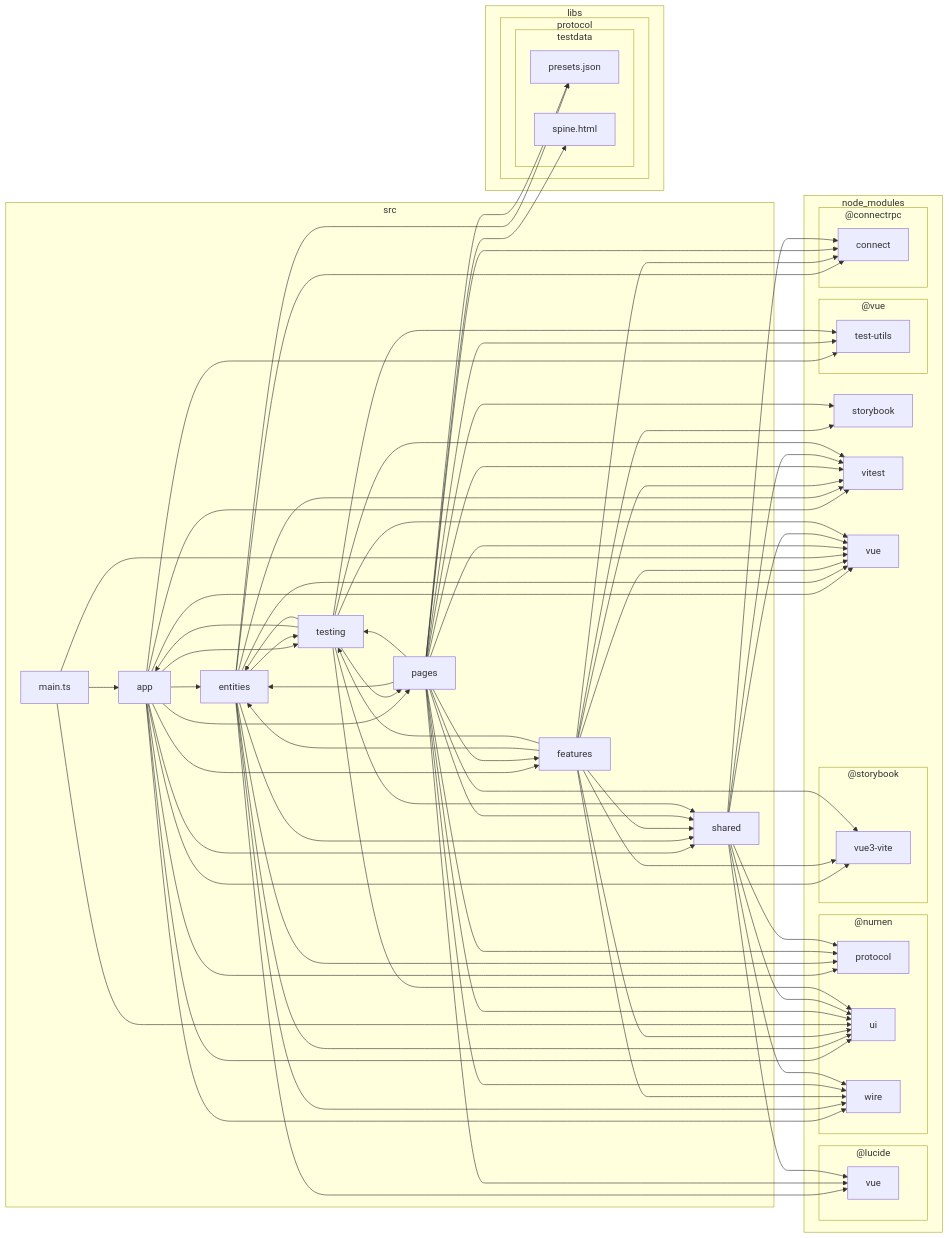
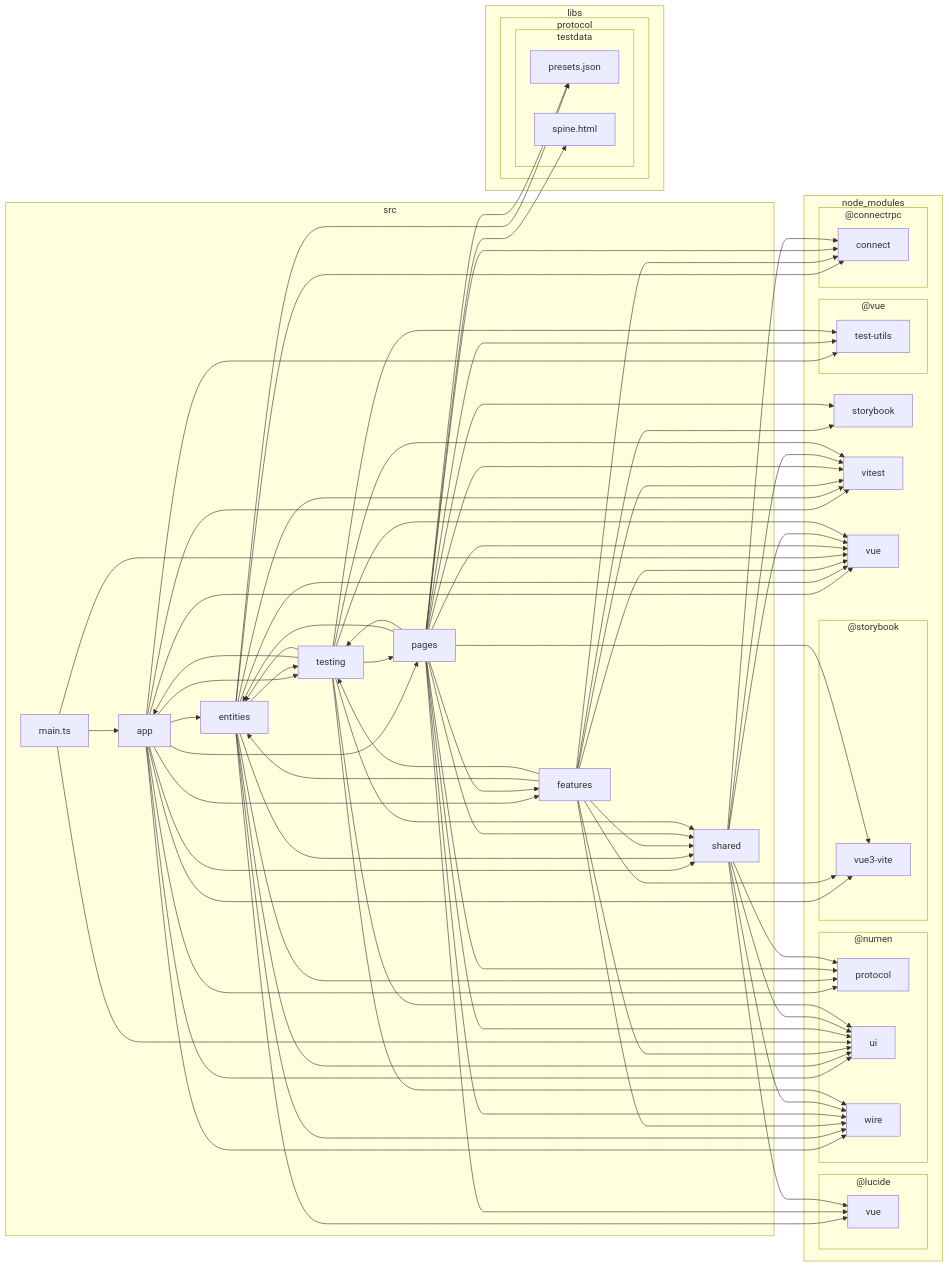
One commit to jiva-studio/numen changed the third of 5 diagrams in docs/dependencies.md. Above: the diagram before and after it, drawn with Mermaid. The commit also changed other lines of this file, not shown here.

```diff
--- a/docs/dependencies.md
+++ b/docs/dependencies.md
@@ -272,6 +274,7 @@
 U-->M
 U-->N
 V-->F
+V-->G
 V-->K
 V-->M
 V-->N
```
